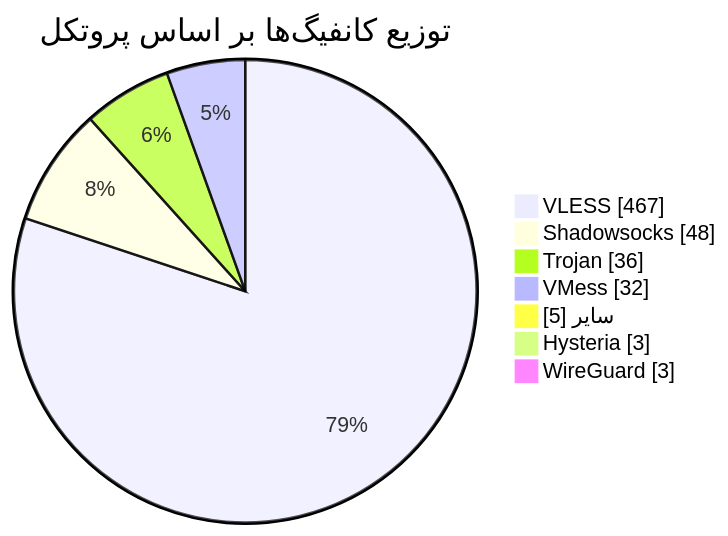
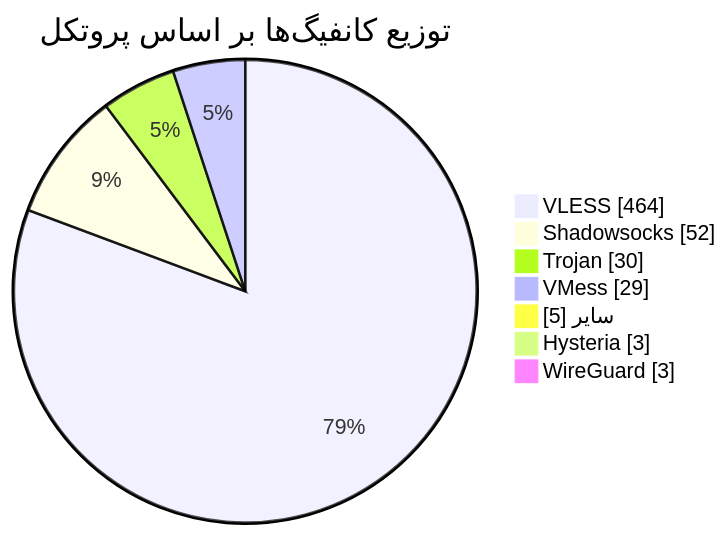
Before and after one commit to Arian-Alijani/Somthing: the diagram in README.md, drawn with Mermaid. The commit also changed other lines of this file and 15 other files, not shown here.

````diff
--- a/README.md
+++ b/README.md
@@ -49,11 +49,11 @@
 ```mermaid
 pie showData
     title توزیع کانفیگ‌ها بر اساس پروتکل
-    "VLESS" : 467
-    "Shadowsocks" : 48
-    "Trojan" : 36
-    "VMess" : 32
+    "VLESS" : 464
+    "Shadowsocks" : 52
+    "Trojan" : 30
+    "VMess" : 29
     "سایر" : 5
     "Hysteria" : 3
     "WireGuard" : 3
 ```
````
